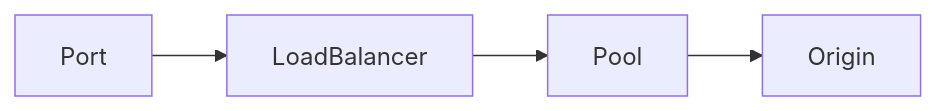
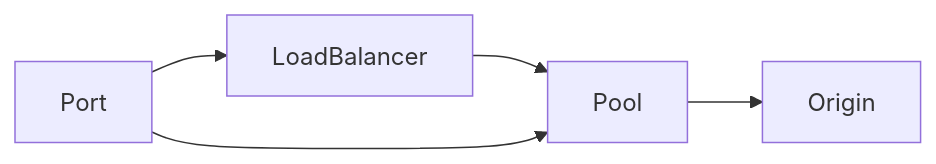
One commit to infratographer/load-balancer-api changed the diagram in README.md. Above: the diagram before and after it, drawn with Mermaid.

Commit message:
Link port to pool in README

````diff
--- a/README.md
+++ b/README.md
@@ -7,7 +7,8 @@
 ```mermaid
 graph LR;
     Port-->LoadBalancer;
     LoadBalancer-->Pool;
+    Port-->Pool;
     Pool-->Origin;
 
 ```
````
